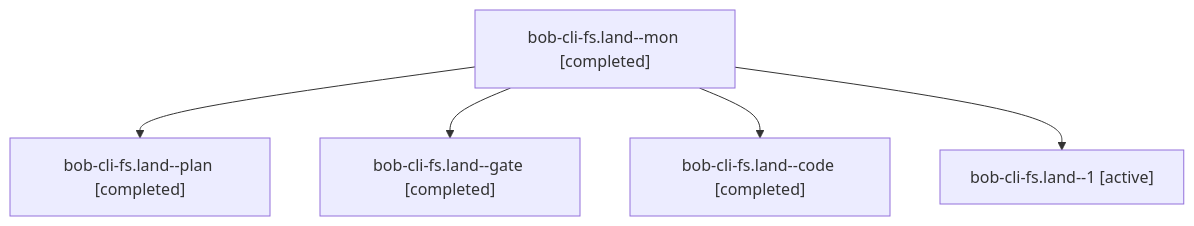
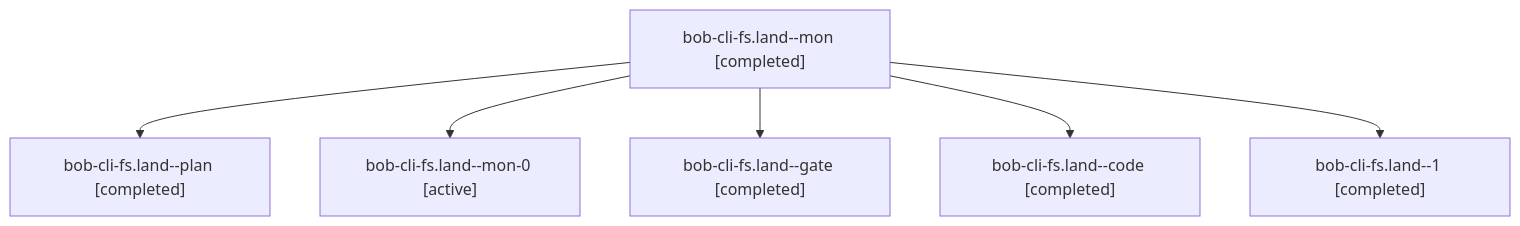
The diagram in sessions/bbugyi200.athena.bob-cli-fs.land.md (bobs-org/bob-cli--agents), drawn with Mermaid before and after one commit. The commit also changed other lines of this file and 118 other files, not shown here.

````diff
--- a/sessions/bbugyi200.athena.bob-cli-fs.land.md
+++ b/sessions/bbugyi200.athena.bob-cli-fs.land.md
@@ -9,12 +9,14 @@
 ```mermaid
 flowchart TD
   n0["bob-cli-fs.land--mon [completed]"]
   n1["bob-cli-fs.land--plan [completed]"]
   n0 --> n1
-  n2["bob-cli-fs.land--gate [completed]"]
+  n2["bob-cli-fs.land--mon-0 [active]"]
   n0 --> n2
-  n3["bob-cli-fs.land--code [completed]"]
+  n3["bob-cli-fs.land--gate [completed]"]
   n0 --> n3
-  n4["bob-cli-fs.land--1 [active]"]
+  n4["bob-cli-fs.land--code [completed]"]
   n0 --> n4
+  n5["bob-cli-fs.land--1 [completed]"]
+  n0 --> n5
 ```
````
